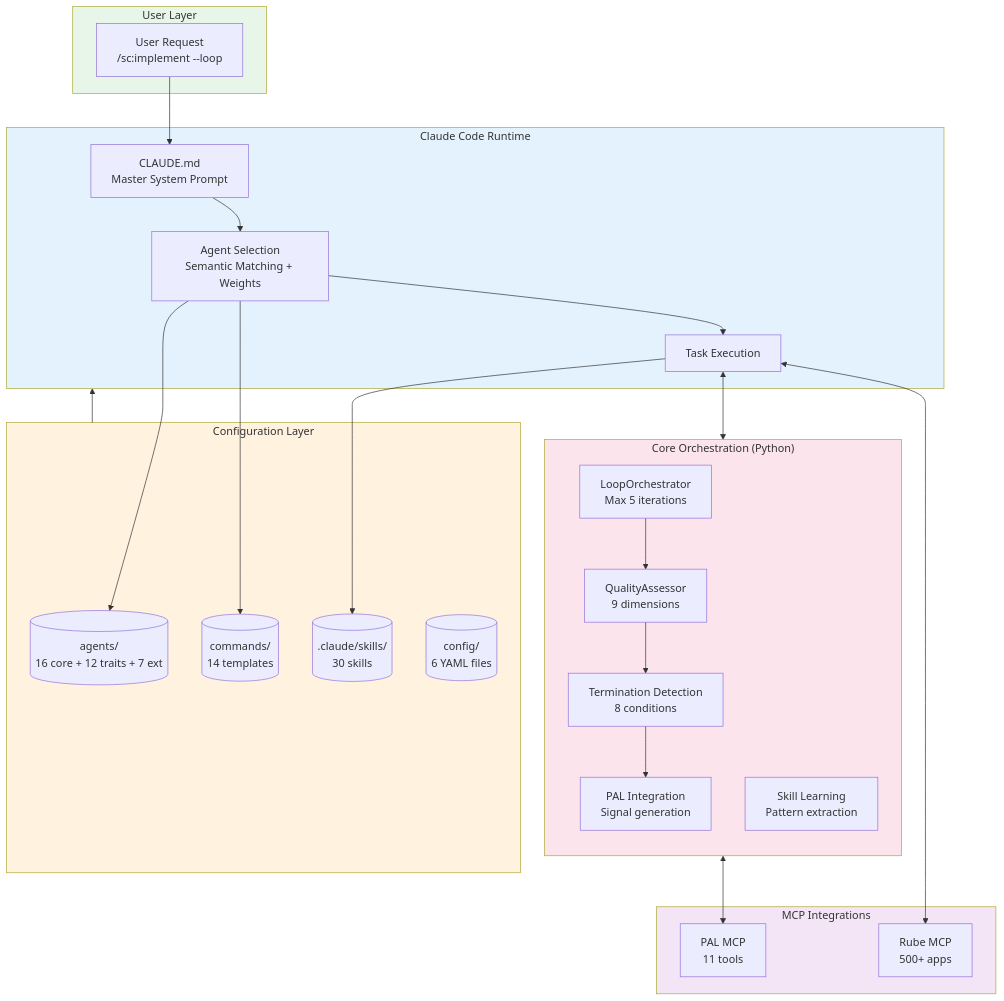
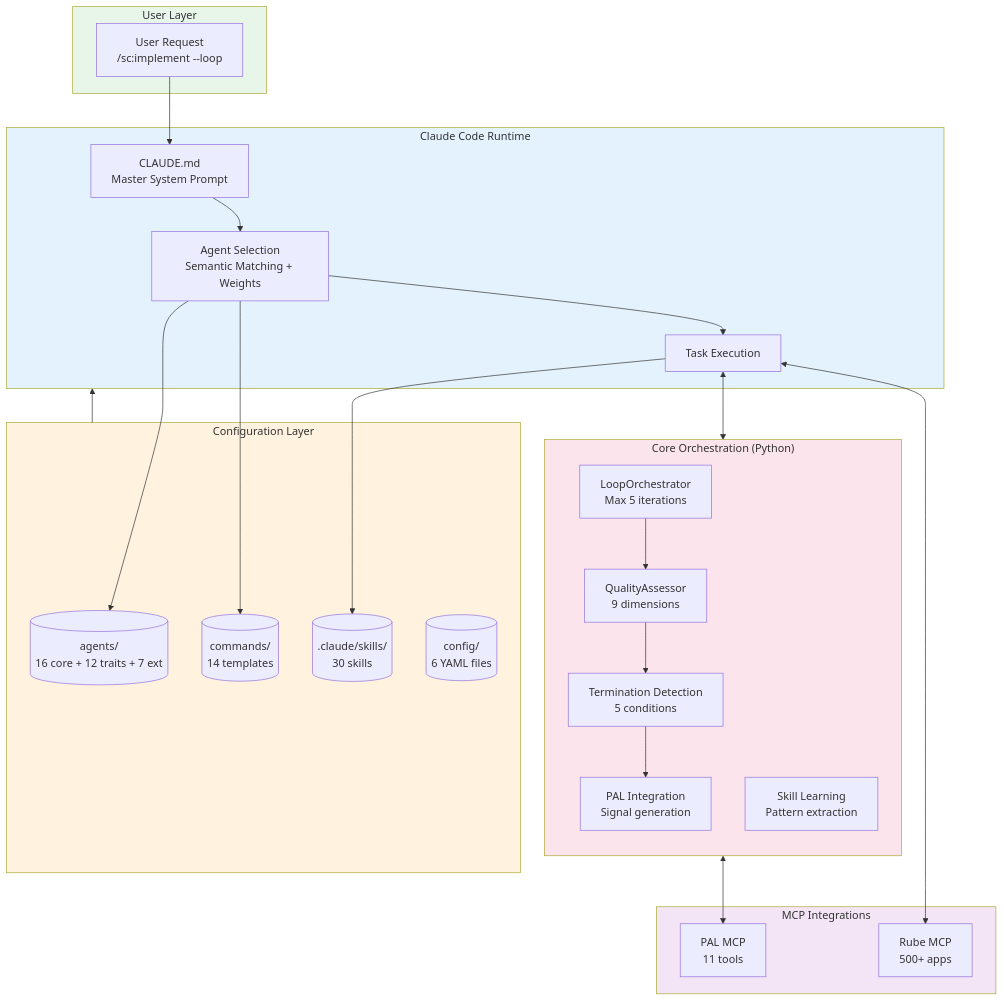
One commit to Tony363/SuperClaude changed the first of 9 diagrams in README.md. Above: the diagram before and after it, drawn with Mermaid. The commit also changed other lines of this file and 43 other files, not shown here.

First line of the commit message:
refactor(loop): remove pattern-detection termination, raise test coverage to 91% (#54)

````diff
--- a/README.md
+++ b/README.md
@@ -124,53 +124,53 @@
 ```mermaid
 flowchart TB
     subgraph User["User Layer"]
         REQ["User Request<br/>/sc:implement --loop"]
     end
 
     subgraph Runtime["Claude Code Runtime"]
         CLAUDE["CLAUDE.md<br/>Master System Prompt"]
         SELECT["Agent Selection<br/>Semantic Matching + Weights"]
         EXEC["Task Execution"]
     end
 
     subgraph Config["Configuration Layer"]
         AGENTS[("agents/<br/>16 core + 12 traits + 7 ext")]
         COMMANDS[("commands/<br/>14 templates")]
         SKILLS[(".claude/skills/<br/>30 skills")]
         YAML[("config/<br/>6 YAML files")]
     end
 
     subgraph Core["Core Orchestration (Python)"]
         direction TB
         LOOP["LoopOrchestrator<br/>Max 5 iterations"]
         QUALITY["QualityAssessor<br/>9 dimensions"]
-        TERM["Termination Detection<br/>8 conditions"]
+        TERM["Termination Detection<br/>5 conditions"]
         PALINT["PAL Integration<br/>Signal generation"]
         LEARN["Skill Learning<br/>Pattern extraction"]
     end
 
     subgraph MCP["MCP Integrations"]
         PAL["PAL MCP<br/>11 tools"]
         RUBE["Rube MCP<br/>500+ apps"]
     end
 
     REQ --> CLAUDE
     CLAUDE --> SELECT
     SELECT --> AGENTS
     SELECT --> COMMANDS
     SELECT --> EXEC
     EXEC --> SKILLS
     EXEC <--> Core
     LOOP --> QUALITY
     QUALITY --> TERM
     TERM --> PALINT
     PALINT <--> PAL
     EXEC <--> RUBE
     Config --> Runtime
 
     style User fill:#e8f5e9
     style Runtime fill:#e3f2fd
     style Config fill:#fff3e0
     style Core fill:#fce4ec
     style MCP fill:#f3e5f5
 ```
````
